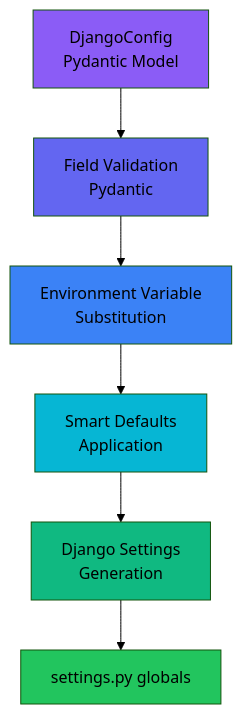
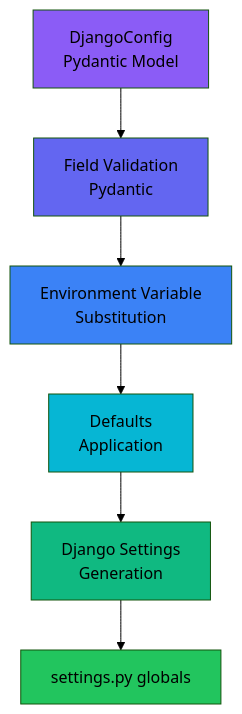
Before and after one commit to markolofsen/django-cfg: the second of 2 diagrams in docs/getting-started/intro.mdx, drawn with Mermaid (forest theme). The commit also changed other lines of this file and 356 other files, not shown here.

````diff
--- a/docs/getting-started/intro.mdx
+++ b/docs/getting-started/intro.mdx
@@ -705,15 +624,15 @@
 ```mermaid
 graph TB
     A[DjangoConfig<br/>Pydantic Model] --> B[Field Validation<br/>Pydantic]
     B --> C[Environment Variable<br/>Substitution]
-    C --> D[Smart Defaults<br/>Application]
+    C --> D[Defaults<br/>Application]
     D --> E[Django Settings<br/>Generation]
     E --> F[settings.py globals]
 
     style A fill:#8b5cf6
     style B fill:#6366f1
     style C fill:#3b82f6
     style D fill:#06b6d4
     style E fill:#10b981
     style F fill:#22c55e
 ```
````
